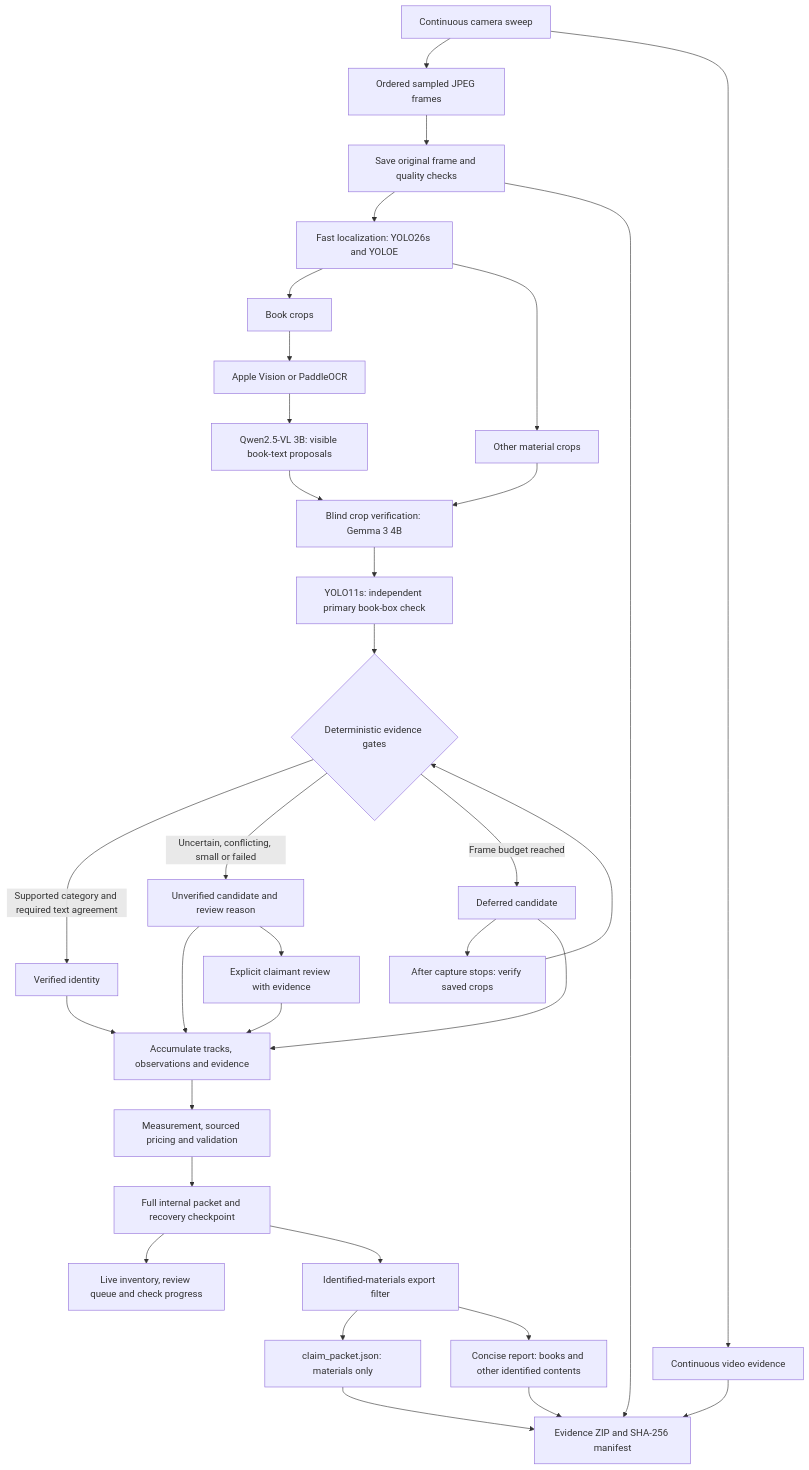
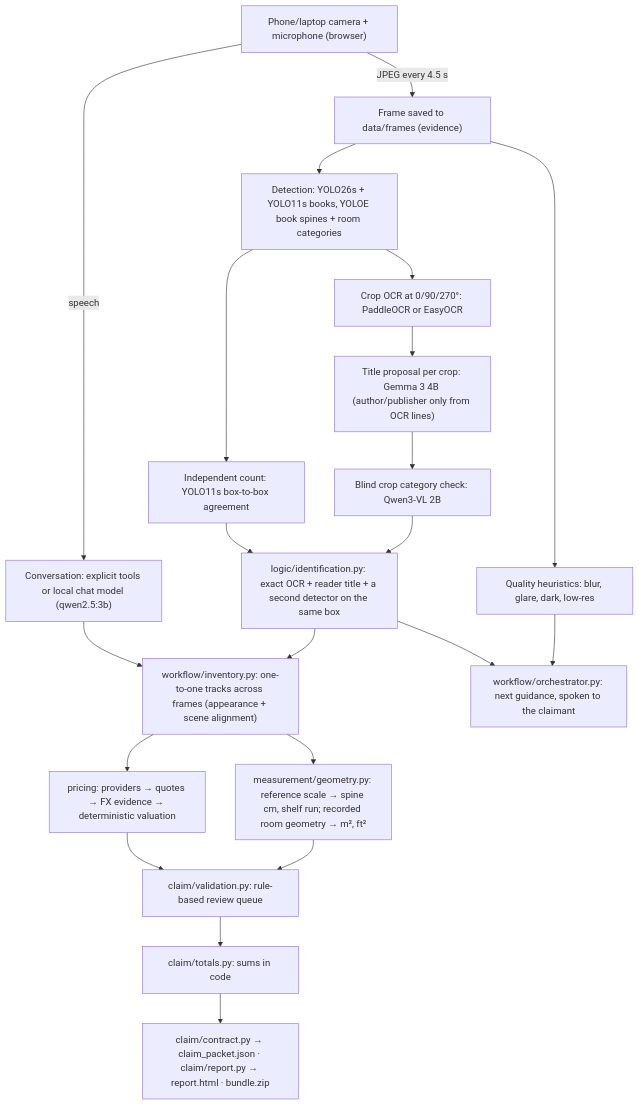
Before and after one commit to Pankkaj64/cozmo-AI: the diagram in docs/architecture.md, drawn with Mermaid. The commit also changed other lines of this file and 7 other files, not shown here.

First line of the commit message:
docs: measured model profile, failure log and run steps

````diff
--- a/docs/architecture.md
+++ b/docs/architecture.md
@@ -7,35 +5,23 @@
 ```mermaid
 flowchart TD
-    Camera["Continuous camera sweep"] --> Frames["Ordered sampled JPEG frames"]
-    Camera --> Video["Continuous video evidence"]
-    Frames --> Save["Save original frame and quality checks"]
-    Save --> Detect["Fast localization: YOLO26s and YOLOE"]
-    Detect --> Books["Book crops"]
-    Detect --> Items["Other material crops"]
-    Books --> OCR["Apple Vision or PaddleOCR"]
-    OCR --> Reader["Qwen2.5-VL 3B: visible book-text proposals"]
-    Reader --> Verify["Blind crop verification: Gemma 3 4B"]
-    Items --> Verify
-    Verify --> Count["YOLO11s: independent primary book-box check"]
-    Count --> Gate{"Deterministic evidence gates"}
-    Gate -->|"Supported category and required text agreement"| Identified["Verified identity"]
-    Gate -->|"Uncertain, conflicting, small or failed"| Review["Unverified candidate and review reason"]
-    Gate -->|"Frame budget reached"| Deferred["Deferred candidate"]
-    Deferred --> Background["After capture stops: verify saved crops"]
-    Background --> Gate
-    Identified --> Inventory["Accumulate tracks, observations and evidence"]
-    Review --> Inventory
-    Deferred --> Inventory
-    Review --> Human["Explicit claimant review with evidence"]
-    Human --> Inventory
-    Inventory --> Workflow["Measurement, sourced pricing and validation"]
-    Workflow --> Internal["Full internal packet and recovery checkpoint"]
-    Internal --> Live["Live inventory, review queue and check progress"]
-    Internal --> Filter["Identified-materials export filter"]
-    Filter --> JSON["claim_packet.json: materials only"]
-    Filter --> HTML["Concise report: books and other identified contents"]
-    JSON --> Bundle["Evidence ZIP and SHA-256 manifest"]
-    HTML --> Bundle
-    Save --> Bundle
-    Video --> Bundle
+    Cam["Phone/laptop camera + microphone (browser)"] -->|JPEG every 4.5 s| Frame["Frame saved to data/frames (evidence)"]
+    Cam -->|speech| Talk["Conversation: explicit tools or local chat model (qwen2.5:3b)"]
+    Frame --> Q["Quality heuristics: blur, glare, dark, low-res"]
+    Frame --> Det["Detection: YOLO26s + YOLO11s books, YOLOE book spines + room categories"]
+    Det --> OCR["Crop OCR at 0/90/270°: PaddleOCR or EasyOCR"]
+    OCR --> Read["Title proposal per crop: Gemma 3 4B (author/publisher only from OCR lines)"]
+    Read --> Check["Blind crop category check: Qwen3-VL 2B"]
+    Det --> Count["Independent count: YOLO11s box-to-box agreement"]
+    Check --> Gate["logic/identification.py: exact OCR + reader title + a second detector on the same box"]
+    Count --> Gate
+    Gate --> Inv["workflow/inventory.py: one-to-one tracks across frames (appearance + scene alignment)"]
+    Talk --> Inv
+    Inv --> Meas["measurement/geometry.py: reference scale → spine cm, shelf run; recorded room geometry → m², ft²"]
+    Inv --> Price["pricing: providers → quotes → FX evidence → deterministic valuation"]
+    Meas --> Val["claim/validation.py: rule-based review queue"]
+    Price --> Val
+    Val --> Tot["claim/totals.py: sums in code"]
+    Tot --> Out["claim/contract.py → claim_packet.json · claim/report.py → report.html · bundle.zip"]
+    Q --> Guide["workflow/orchestrator.py: next guidance, spoken to the claimant"]
+    Gate --> Guide
 ```
````
